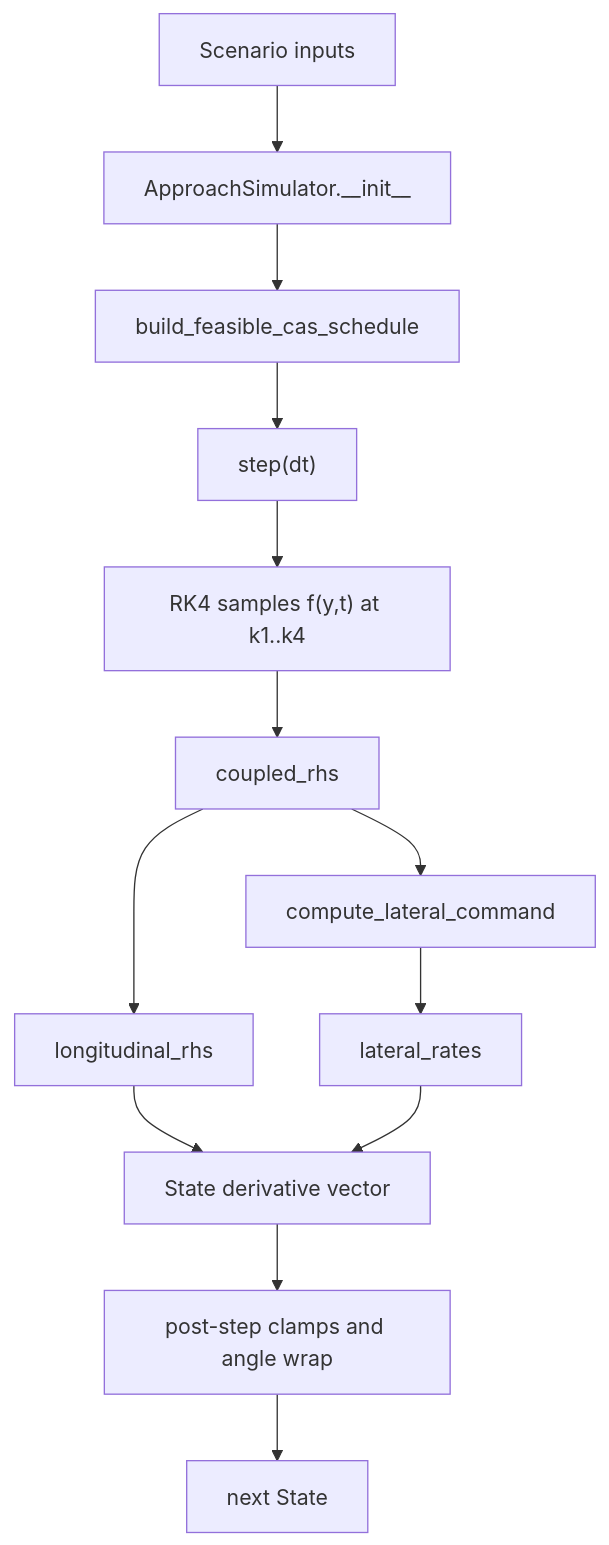
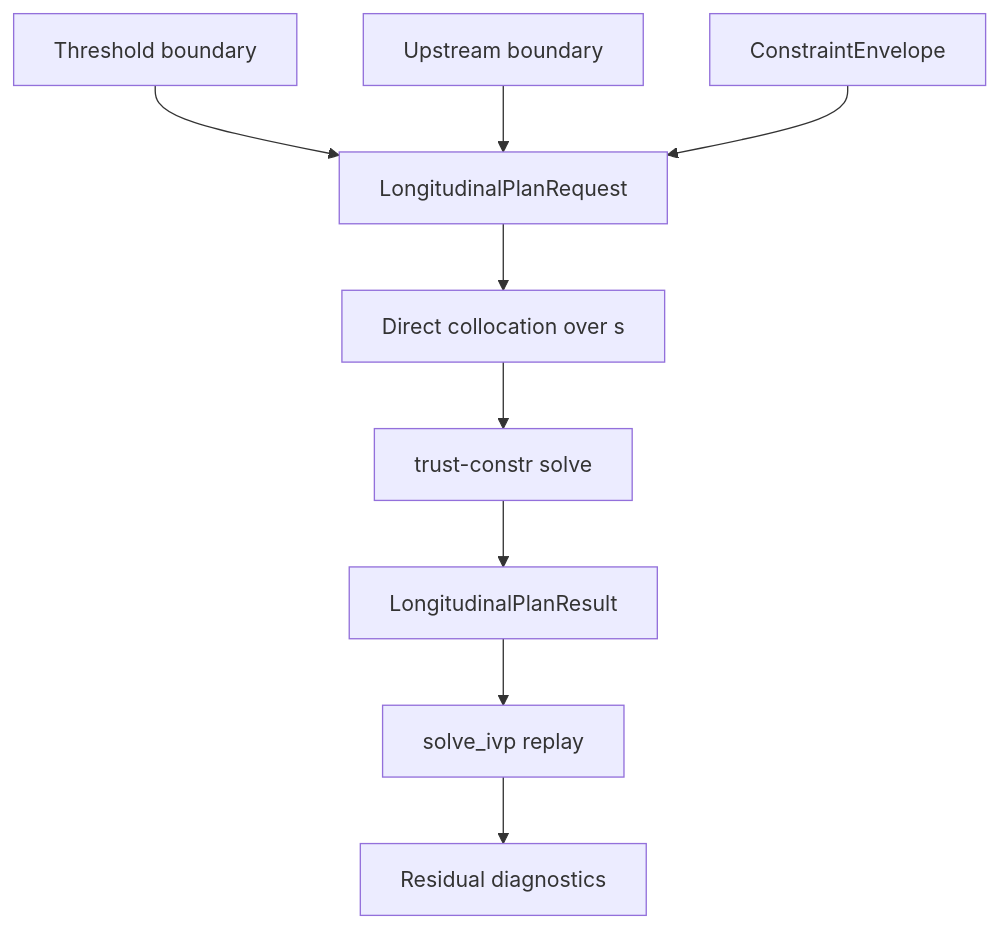
The diagram in docs/simap/simap_sim.md (thinhhoang95/project-rustlingtree), drawn with Mermaid before and after one commit. The commit also changed other lines of this file and 20 other files, not shown here.

````diff
--- a/docs/simap/simap_sim.md
+++ b/docs/simap/simap_sim.md
@@ -7,15 +7,11 @@
 ```mermaid
 flowchart TD
-    A["Scenario inputs"] --> B["ApproachSimulator.__init__"]
-    B --> C["build_feasible_cas_schedule"]
-    C --> D["step(dt)"]
-    D --> E["RK4 samples f(y,t) at k1..k4"]
-    E --> F["coupled_rhs"]
-    F --> G["compute_lateral_command"]
-    F --> H["longitudinal_rhs"]
-    G --> I["lateral_rates"]
-    H --> J["State derivative vector"]
-    I --> J
-    J --> K["post-step clamps and angle wrap"]
-    K --> L["next State"]
+    A["Threshold boundary"] --> D["LongitudinalPlanRequest"]
+    B["Upstream boundary"] --> D
+    C["ConstraintEnvelope"] --> D
+    D --> E["Direct collocation over s"]
+    E --> F["trust-constr solve"]
+    F --> G["LongitudinalPlanResult"]
+    G --> H["solve_ivp replay"]
+    H --> I["Residual diagnostics"]
 ```
````
